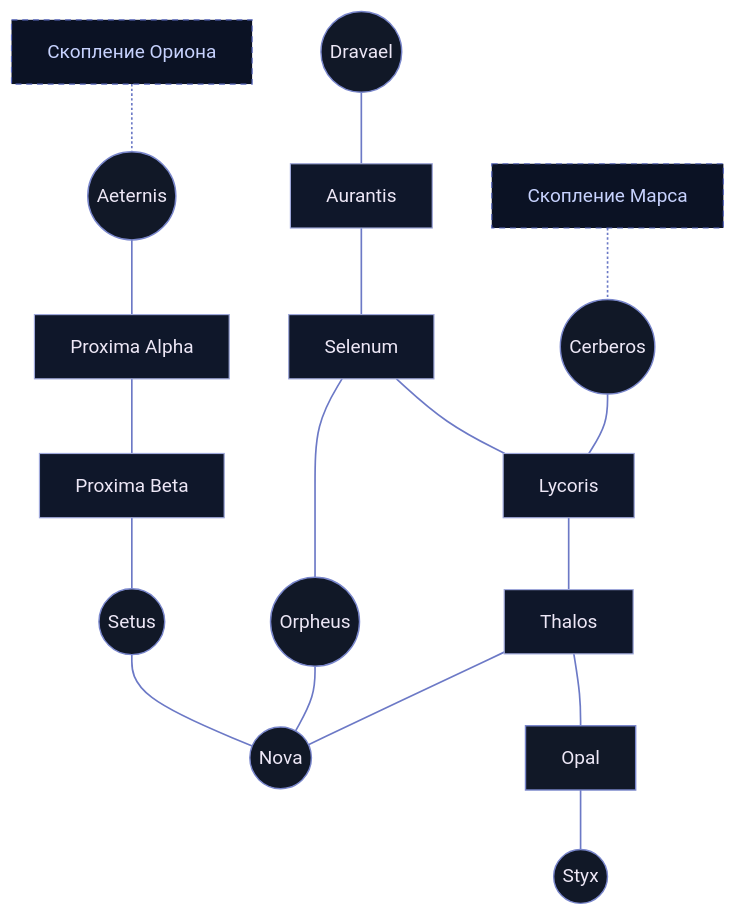
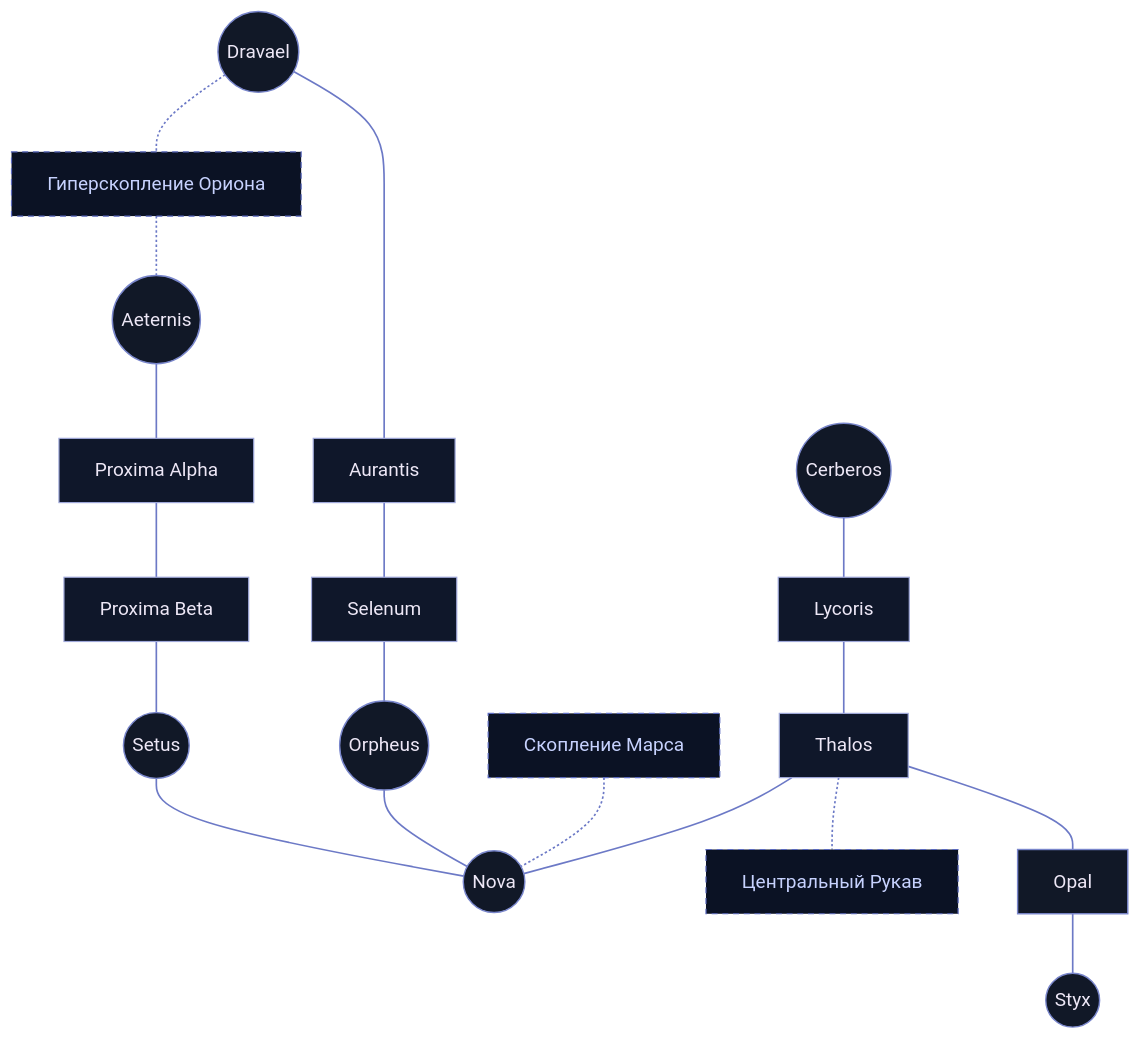
Before and after one commit to LuckyOneDev/homo-dominus: the diagram in docs/вселенная/Скопление Геи.md, drawn with Mermaid.

Commit message:
обновил карту

````diff
--- a/docs/вселенная/Скопление Геи.md
+++ b/docs/вселенная/Скопление Геи.md
@@ -10,60 +10,63 @@
 ```mermaid
 flowchart TB
   %% =====================================================
   %%   primary ~ #5c6bc0, dark ~ #3949ab, lightest ~ #b388ff
   %% =====================================================
 
   %% Nodes
   classDef star fill:#111827,stroke:#7986cb,color:#ede7f6,stroke-width:1.2px;
   classDef relay fill:#0f172a,stroke:#9fa8da,color:#ede7f6,stroke-width:1px;
   classDef out fill:#0b1224,stroke:#5c6bc0,color:#c7d2fe,stroke-dasharray: 5 4;
 
   %% Links (Silver Net)
   linkStyle default stroke:#5c6bc0,stroke-width:1.4px,opacity:0.9;
 
   %% ===== Center =====
   N((Nova)):::star
 
   %% ===== Left arm =====
-  OUT_A["Скопление Ориона"]:::out
+  OUT_A["Гиперскопление Ориона"]:::out
   A((Aeternis)):::star
   PA[Proxima Alpha]:::relay
   PB[Proxima Beta]:::relay
   S((Setus)):::star
 
-  OUT_A -.- A
+  D -.- OUT_A -.- A
   A --- PA --- PB --- S
   S --- N
 
   %% ===== Bottom arm =====
   D((Dravael)):::star
   AU[Aurantis]:::relay
   SE[Selenum]:::relay
   O((Orpheus)):::star
 
   D --- AU --- SE --- O
   O --- N
-  SE --- L
+
   %% ===== Right arm =====
   OUT_C["Скопление Марса"]:::out
+  OUT_D["Центральный Рукав"]:::out
+
   C((Cerberos)):::star
   L[Lycoris]:::relay
   T[Thalos]:::relay
   ST((Styx)):::star
   OPA[Opal]:::star
 
-  OUT_C -.- C
+  OUT_C -.- N
   C --- L --- T
   T --- N
+  T -.- OUT_D
 
   T --- OPA --- ST
 
   %% Clickable nodes (with baseUrl)
   click N "/homo-dominus/миры/Нова/" "Открыть: Нова"
   click A "/homo-dominus/миры/Аэтернис/" "Открыть: Аэтернис"
   click S "/homo-dominus/миры/Сетус/" "Открыть: Сетус"
   click D "/homo-dominus/миры/Драваэль/" "Открыть: Драваэль"
   click O "/homo-dominus/миры/Орфей/" "Открыть: Орфей"
   click C "/homo-dominus/миры/Керберос/Соларет" "Открыть: Керберос"
   click ST "/homo-dominus/миры/Стикс" "Открыть: Керберос"
 ```
````
